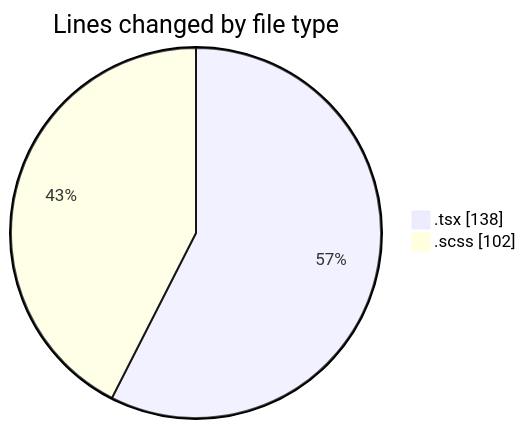
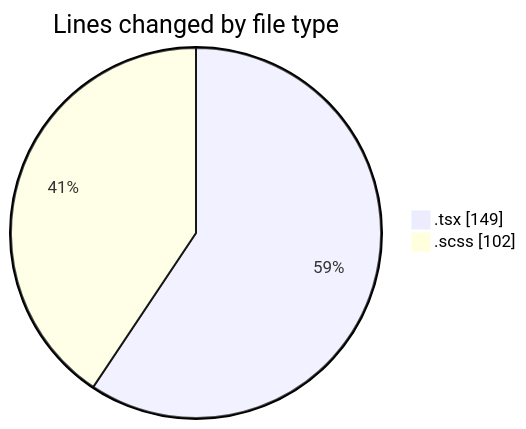
One commit to momahboobian/code-tracking changed the first of 2 diagrams in 2026-04-16/cda/README.md. Above: the diagram before and after it, drawn with Mermaid. The commit also changed other lines of this file and 1 other file, not shown here.

````diff
--- a/2026-04-16/cda/README.md
+++ b/2026-04-16/cda/README.md
@@ -22,6 +22,6 @@
 ```mermaid
 pie showData
 title Lines changed by file type
-".tsx" : 138
+".tsx" : 149
 ".scss" : 102
 ```
````
